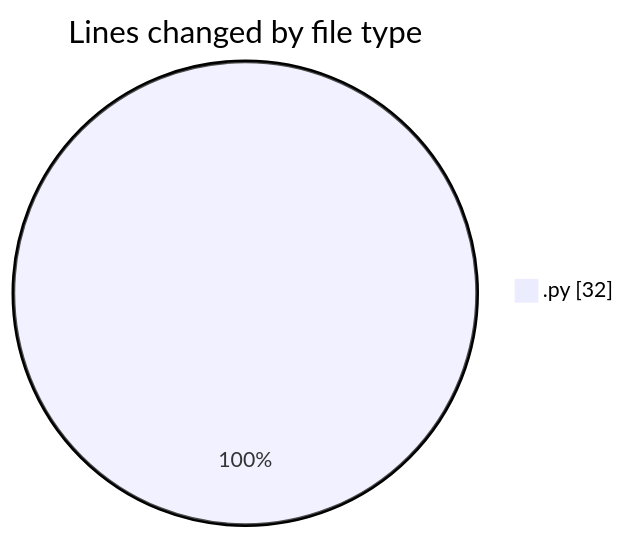
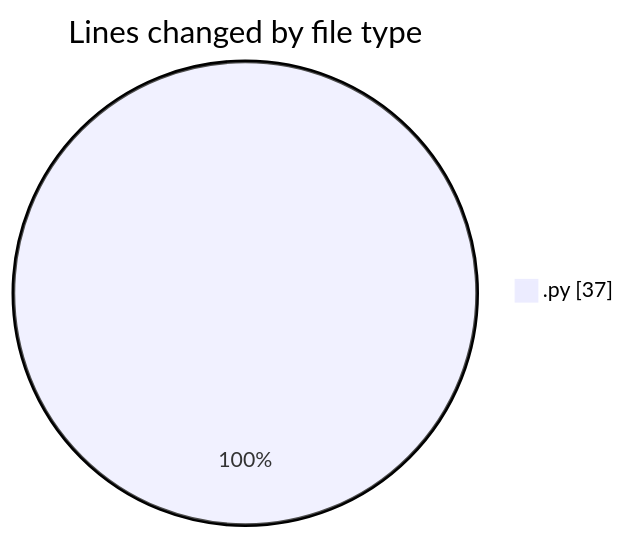
Before and after one commit to hasnaa123/code-tracking: the first of 2 diagrams in 2026-02-23/student_performance_system/README.md, drawn with Mermaid. The commit also changed other lines of this file and 1 other file, not shown here.

````diff
--- a/2026-02-23/student_performance_system/README.md
+++ b/2026-02-23/student_performance_system/README.md
@@ -20,5 +20,5 @@
 ```mermaid
 pie showData
 title Lines changed by file type
-".py" : 32
+".py" : 37
 ```
````
